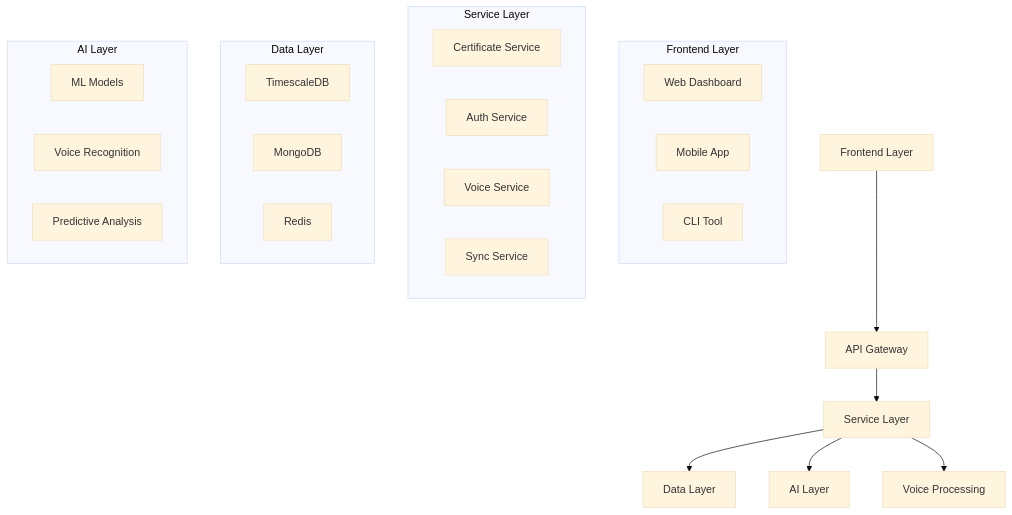
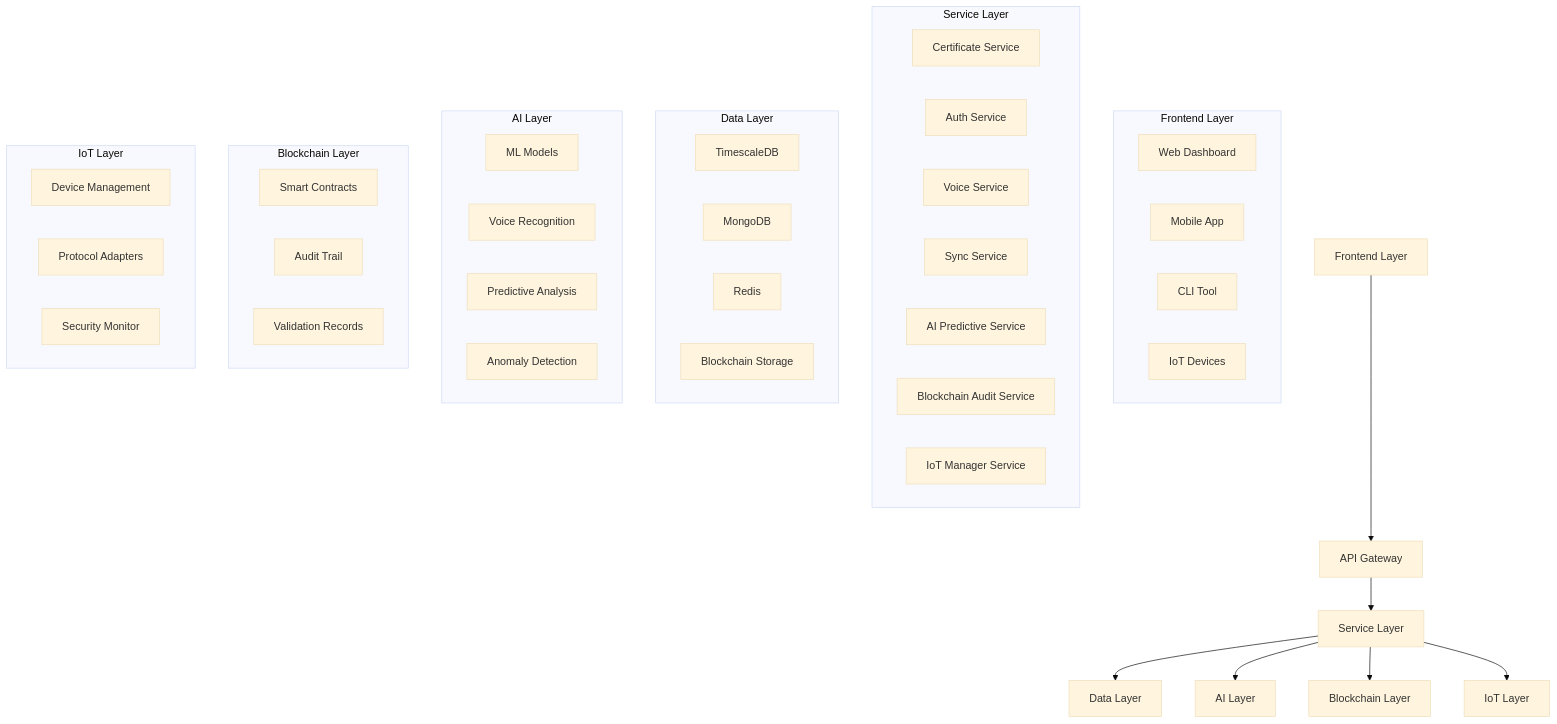
The diagram in docs/ARCHITECTURE.md (nabz0r/universal-ssl-validator), drawn with Mermaid (base theme) before and after one commit. The commit also changed other lines of this file, not shown here.

Commit message:
Update architecture documentation with new features

````diff
--- a/docs/ARCHITECTURE.md
+++ b/docs/ARCHITECTURE.md
@@ -5,33 +5,52 @@
 ```mermaid
 graph TD
     A[Frontend Layer] --> B[API Gateway]
     B --> C[Service Layer]
     C --> D[Data Layer]
     C --> E[AI Layer]
-    C --> F[Voice Processing]
+    C --> F[Blockchain Layer]
+    C --> G[IoT Layer]
 
     subgraph Frontend Layer
         A1[Web Dashboard]
         A2[Mobile App]
         A3[CLI Tool]
+        A4[IoT Devices]
     end
 
     subgraph Service Layer
         C1[Certificate Service]
         C2[Auth Service]
         C3[Voice Service]
         C4[Sync Service]
+        C5[AI Predictive Service]
+        C6[Blockchain Audit Service]
+        C7[IoT Manager Service]
     end
 
     subgraph Data Layer
         D1[TimescaleDB]
         D2[MongoDB]
         D3[Redis]
+        D4[Blockchain Storage]
     end
 
     subgraph AI Layer
         E1[ML Models]
         E2[Voice Recognition]
         E3[Predictive Analysis]
+        E4[Anomaly Detection]
+    end
+
+    subgraph Blockchain Layer
+        F1[Smart Contracts]
+        F2[Audit Trail]
+        F3[Validation Records]
+    end
+
+    subgraph IoT Layer
+        G1[Device Management]
+        G2[Protocol Adapters]
+        G3[Security Monitor]
     end
 ```
````
